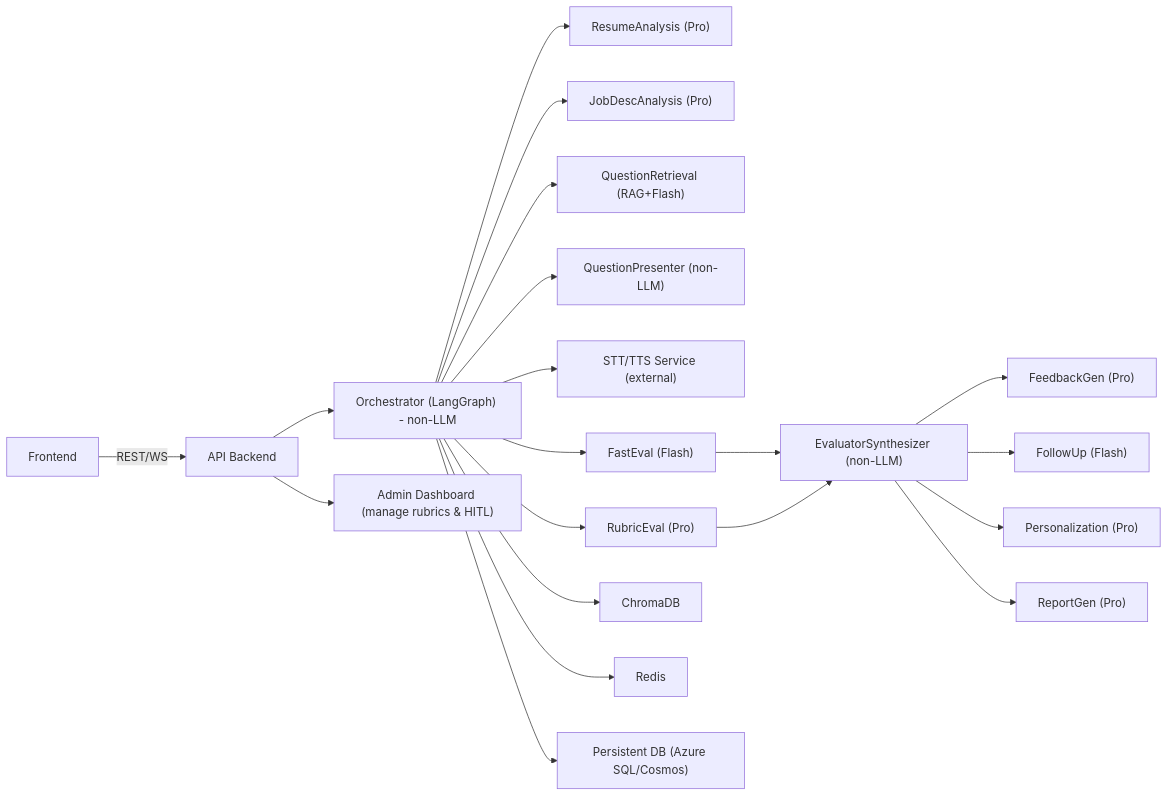
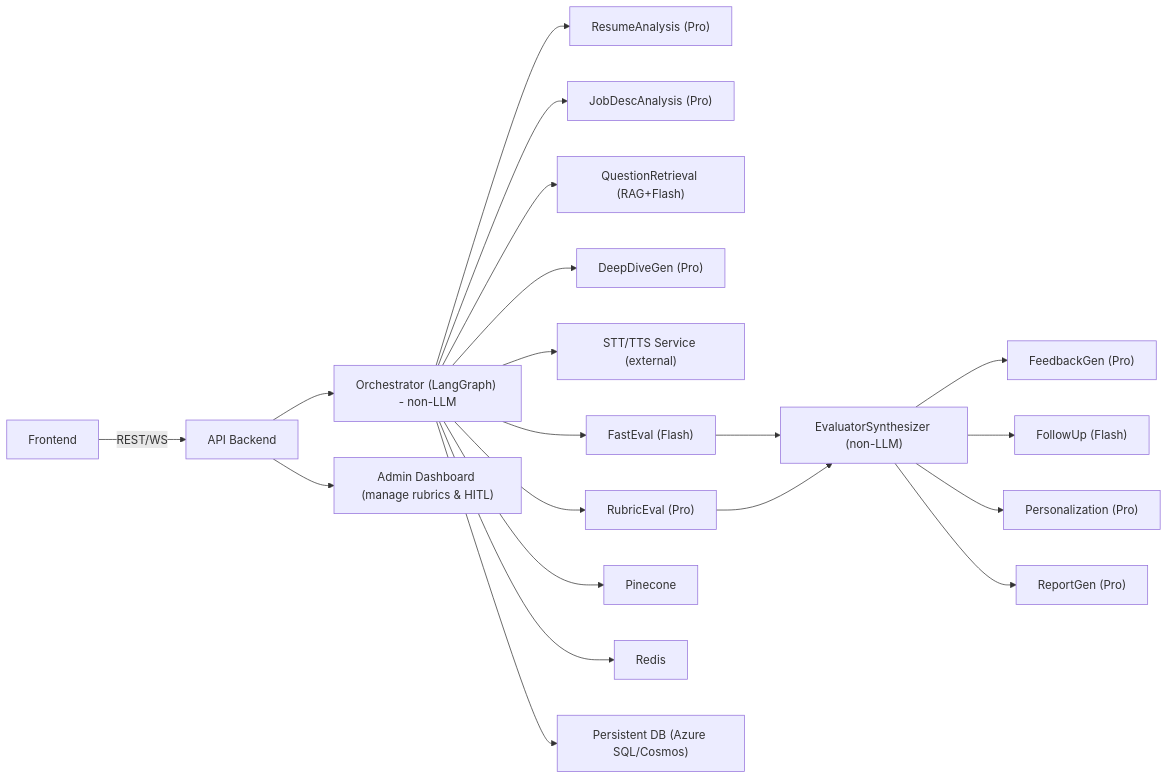
One commit to NishanthN27/Final-Year changed the diagram in README.md. Above: the diagram before and after it, drawn with Mermaid. The commit also changed other lines of this file, not shown here.

````diff
--- a/README.md
+++ b/README.md
@@ -223,22 +229,22 @@
 ```mermaid
 flowchart LR
    A[Frontend] -->|REST/WS| B[API Backend]
    B --> C["Orchestrator (LangGraph) - non-LLM"]
    C --> D1["ResumeAnalysis (Pro)"]
    C --> D2["JobDescAnalysis (Pro)"]
    C --> D3["QuestionRetrieval (RAG+Flash)"]
-   C --> D4["QuestionPresenter (non-LLM)"]
+   C --> D4["DeepDiveGen (Pro)"]
    C --> D5["STT/TTS Service (external)"]
    C --> E1["FastEval (Flash)"]
    C --> E2["RubricEval (Pro)"]
    E1 --> F["EvaluatorSynthesizer (non-LLM)"]
    E2 --> F
    F --> G["FeedbackGen (Pro)"]
    F --> H["FollowUp (Flash)"]
    F --> I["Personalization (Pro)"]
    F --> J["ReportGen (Pro)"]
-   C --> K[ChromaDB]
+   C --> K[Pinecone]
    C --> L[Redis]
    C --> M["Persistent DB (Azure SQL/Cosmos)"]
    B --> N["Admin Dashboard (manage rubrics & HITL)"]
 ```
````
